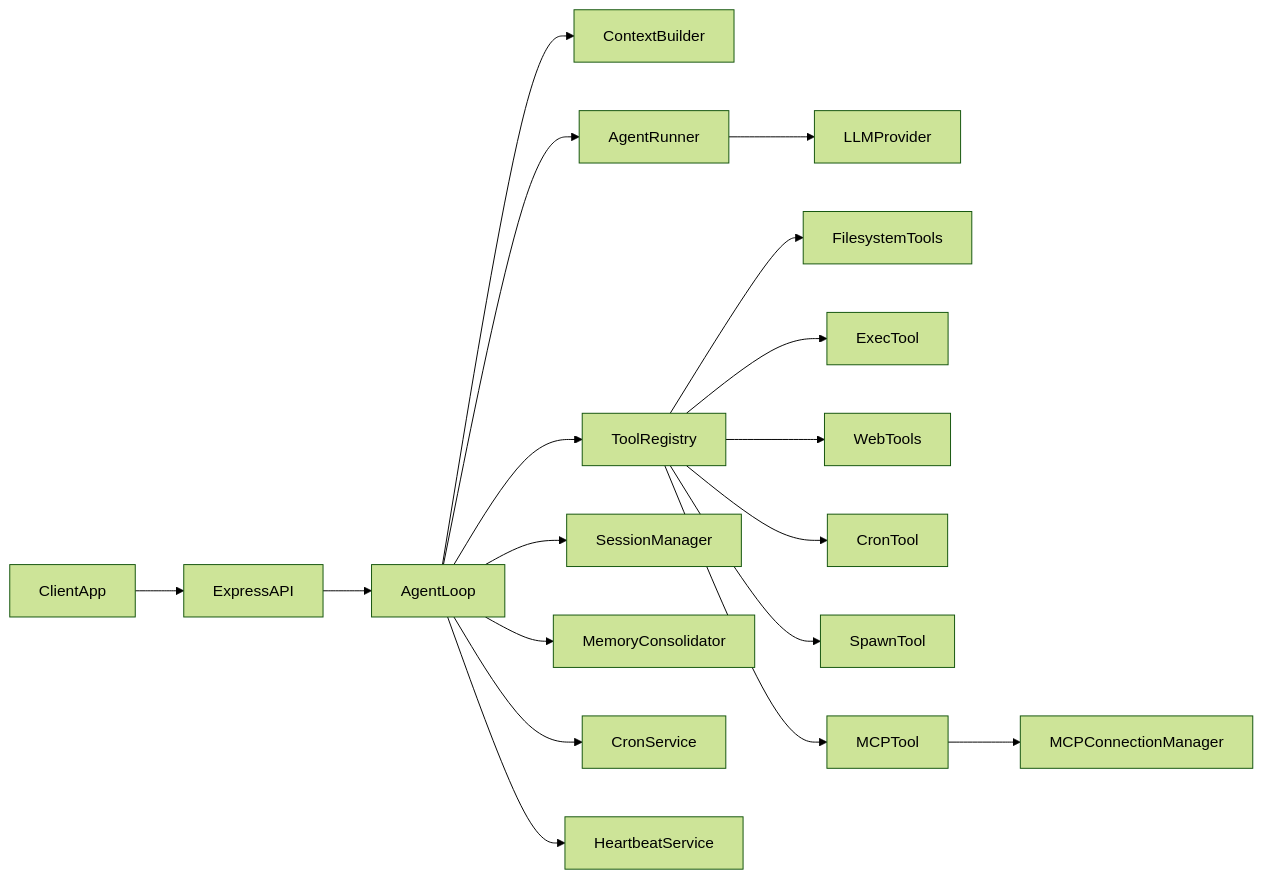
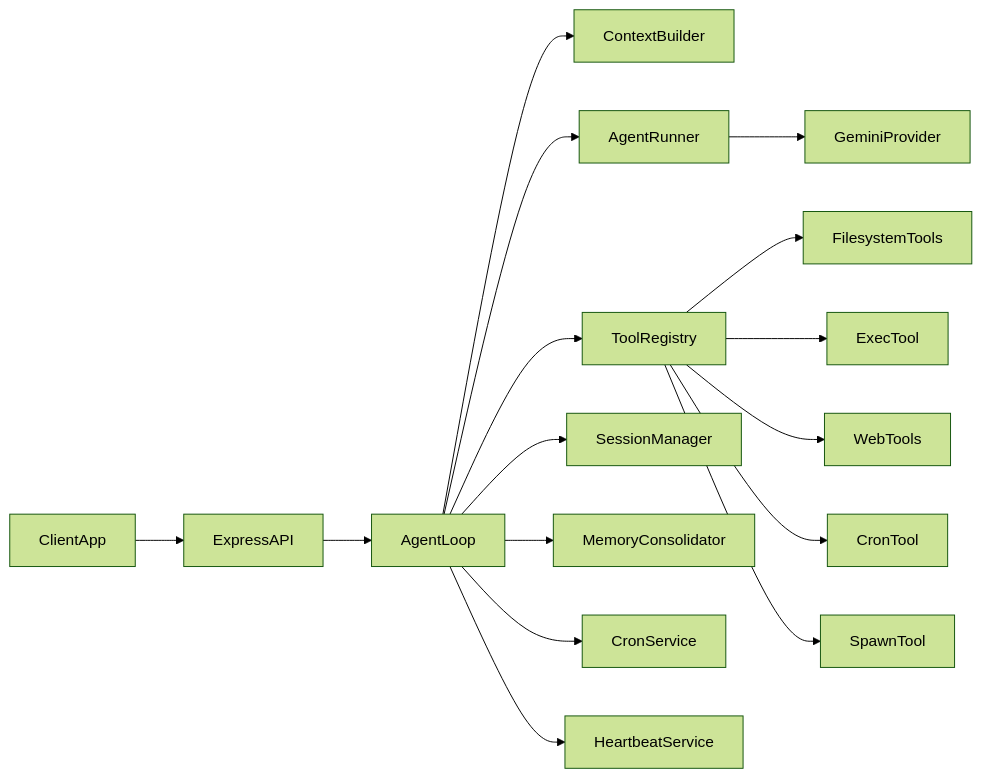
One commit to agastyalabs123/fomoagent changed the diagram in FOMOAGENT_README.md. Above: the diagram before and after it, drawn with Mermaid (forest theme). The commit also changed other lines of this file, not shown here.

Commit message:
Enhance README to clarify Gemini-only build scope, update configuration details, and refine tool capabilities; remove MCP references and adjust provider architecture to focus solely on Gemini.

````diff
--- a/FOMOAGENT_README.md
+++ b/FOMOAGENT_README.md
@@ -24,20 +33,18 @@
 ```mermaid
 flowchart LR
   client[ClientApp] --> api[ExpressAPI]
   api --> loop[AgentLoop]
   loop --> context[ContextBuilder]
   loop --> runner[AgentRunner]
   loop --> tools[ToolRegistry]
-  runner --> provider[LLMProvider]
+  runner --> provider[GeminiProvider]
   tools --> fsTools[FilesystemTools]
   tools --> shellTool[ExecTool]
   tools --> webTools[WebTools]
   tools --> cronTool[CronTool]
   tools --> spawnTool[SpawnTool]
-  tools --> mcpTool[MCPTool]
   loop --> session[SessionManager]
   loop --> memory[MemoryConsolidator]
   loop --> cronService[CronService]
   loop --> heartbeat[HeartbeatService]
-  mcpTool --> mcpManager[MCPConnectionManager]
 ```
````
